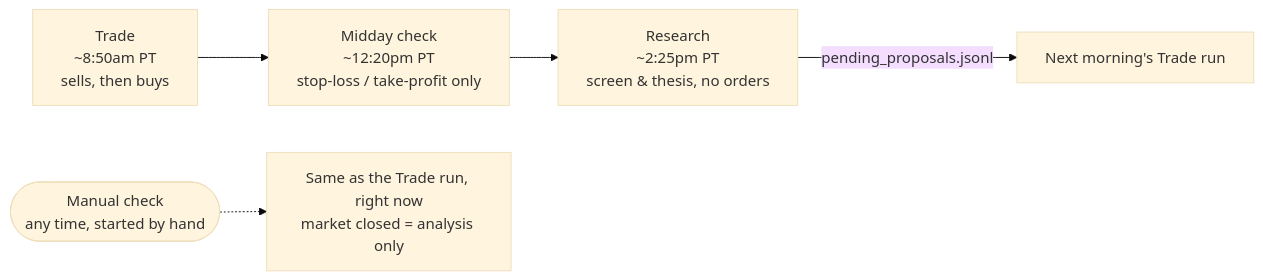
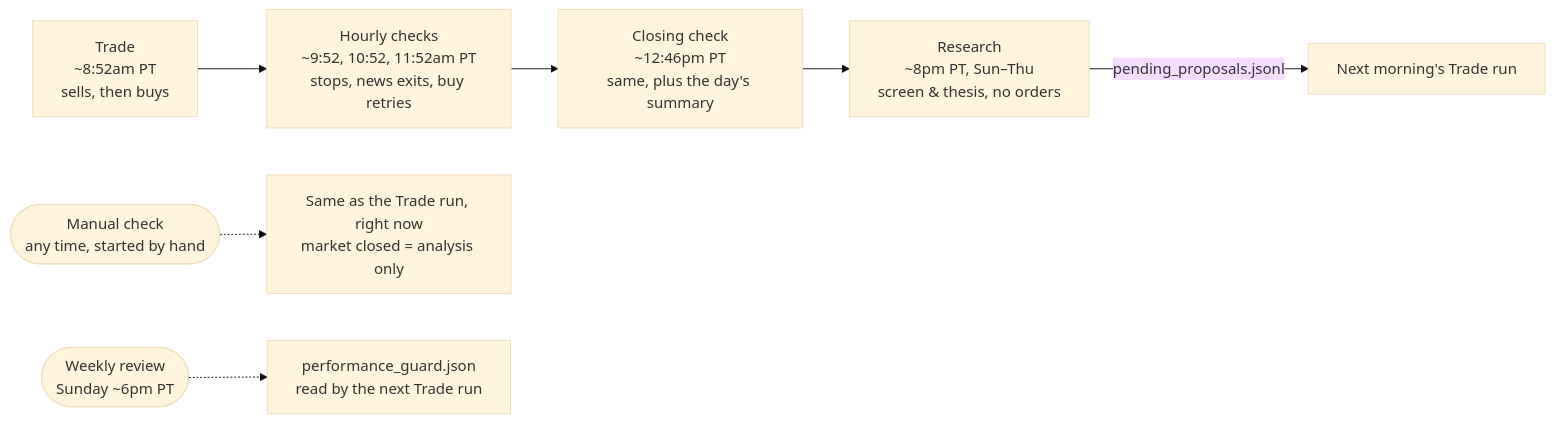
Before and after one commit to HarryXiong24/agentic-trader: the first of 3 diagrams in README.md, drawn with Mermaid (base theme). The commit also changed other lines of this file and 23 other files, not shown here.

First line of the commit message:
Hourly and closing checks, log query script, evening research, Sunday review

````diff
--- a/README.md
+++ b/README.md
@@ -147,7 +151,9 @@
 ```mermaid
 flowchart LR
-    B["Trade<br/>~8:50am PT<br/>sells, then buys"] --> M["Midday check<br/>~12:20pm PT<br/>stop-loss / take-profit only"]
-    M --> A["Research<br/>~2:25pm PT<br/>screen & thesis, no orders"]
+    B["Trade<br/>~8:52am PT<br/>sells, then buys"] --> HC["Hourly checks<br/>~9:52, 10:52, 11:52am PT<br/>stops, news exits, buy retries"]
+    HC --> C["Closing check<br/>~12:46pm PT<br/>same, plus the day's summary"]
+    C --> A["Research<br/>~8pm PT, Sun–Thu<br/>screen & thesis, no orders"]
     A -- "pending_proposals.jsonl" --> B2["Next morning's Trade run"]
     H(["Manual check<br/>any time, started by hand"]) -.-> X["Same as the Trade run, right now<br/>market closed = analysis only"]
+    W(["Weekly review<br/>Sunday ~6pm PT"]) -.-> G["performance_guard.json<br/>read by the next Trade run"]
 ```
````
